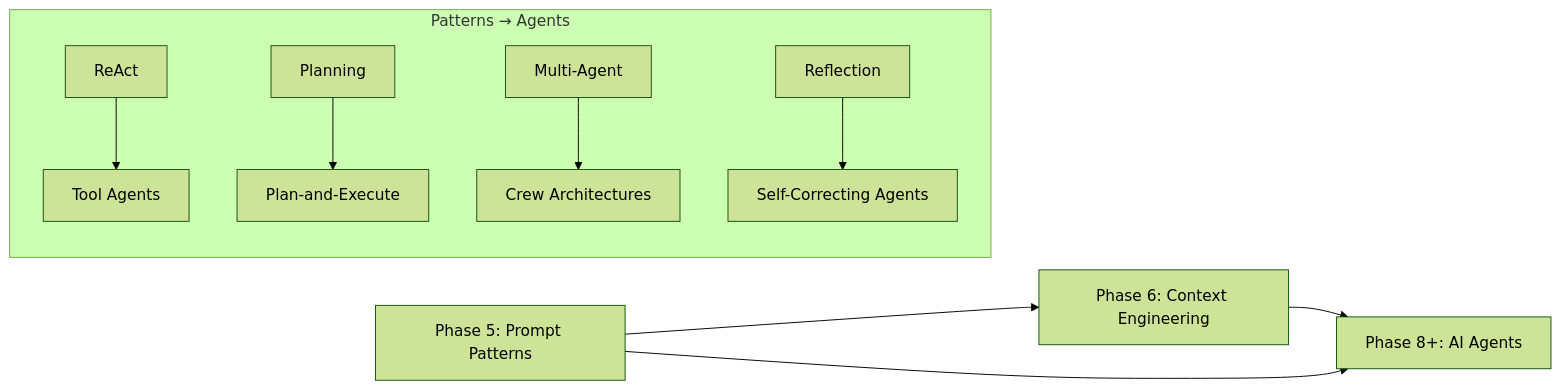
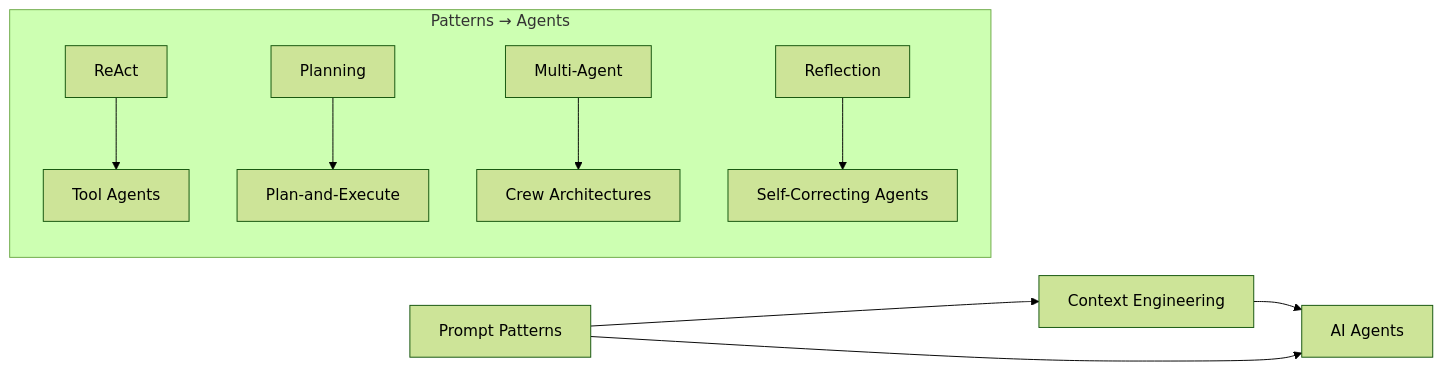
One commit to abdulsamad183/ai-engineering-playbook changed diagram 12 of 13 in domains/prompt-engineering/advanced-reasoning-strategies.md. Above: the diagram before and after it, drawn with Mermaid (forest theme). The commit also changed other lines of this file and 301 other files, not shown here.

````diff
--- a/domains/prompt-engineering/advanced-reasoning-strategies.md
+++ b/domains/prompt-engineering/advanced-reasoning-strategies.md
@@ -714,13 +714,13 @@
 ```mermaid
 flowchart LR
-    PE[Phase 5: Prompt Patterns] --> CE[Phase 6: Context Engineering]
-    CE --> AG[Phase 8+: AI Agents]
+    PE[Prompt Patterns] --> CE[Context Engineering]
+    CE --> AG[AI Agents]
     PE --> AG
 
     subgraph "Patterns → Agents"
         REACT[ReAct] --> TOOL[Tool Agents]
         PLAN[Planning] --> PAE[Plan-and-Execute]
         MULTI[Multi-Agent] --> CREW[Crew Architectures]
         REFL[Reflection] --> SELF[Self-Correcting Agents]
     end
 ```
````
